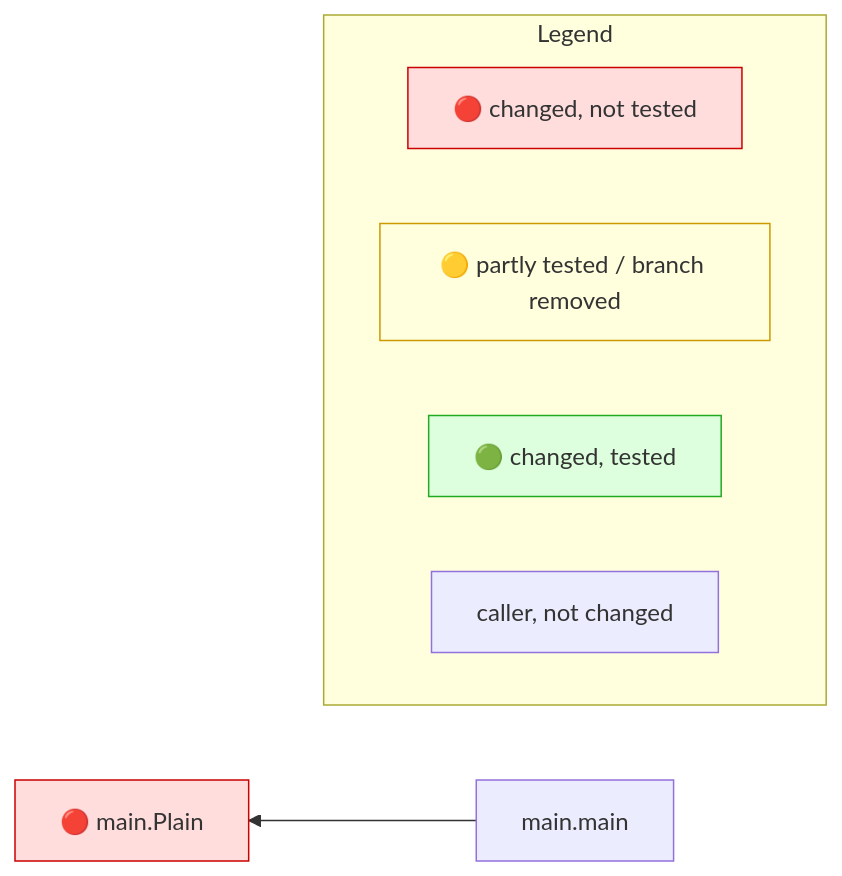
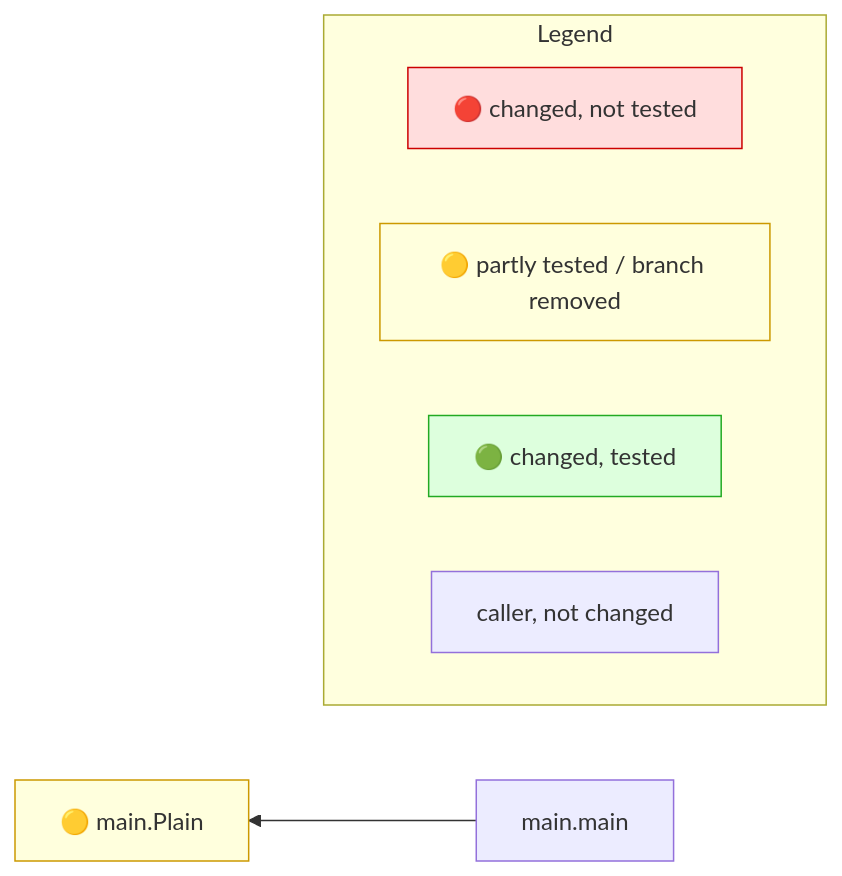
One commit to Kevinbarrero/mr-impact changed the diagram in testdata/e2e/build_tags/expected.golden.md. Above: the diagram before and after it, drawn with Mermaid. The commit also changed other lines of this file and 32 other files, not shown here.

````diff
--- a/testdata/e2e/build_tags/expected.golden.md
+++ b/testdata/e2e/build_tags/expected.golden.md
@@ -11,16 +11,16 @@
 ```mermaid
 flowchart RL
-  n0["🔴 main.Plain"]:::red
+  n0["🟡 main.Plain"]:::yellow
   n1["main.main"]
   n1 --> n0
   subgraph legend ["Legend"]
     direction LR
     lr["🔴 changed, not tested"]:::red
     ly["🟡 partly tested / branch removed"]:::yellow
     lg["🟢 changed, tested"]:::green
     lc["caller, not changed"]
   end
   classDef red fill:#fdd,stroke:#c00
   classDef yellow fill:#ffd,stroke:#c90
   classDef green fill:#dfd,stroke:#2a2
 ```
````
